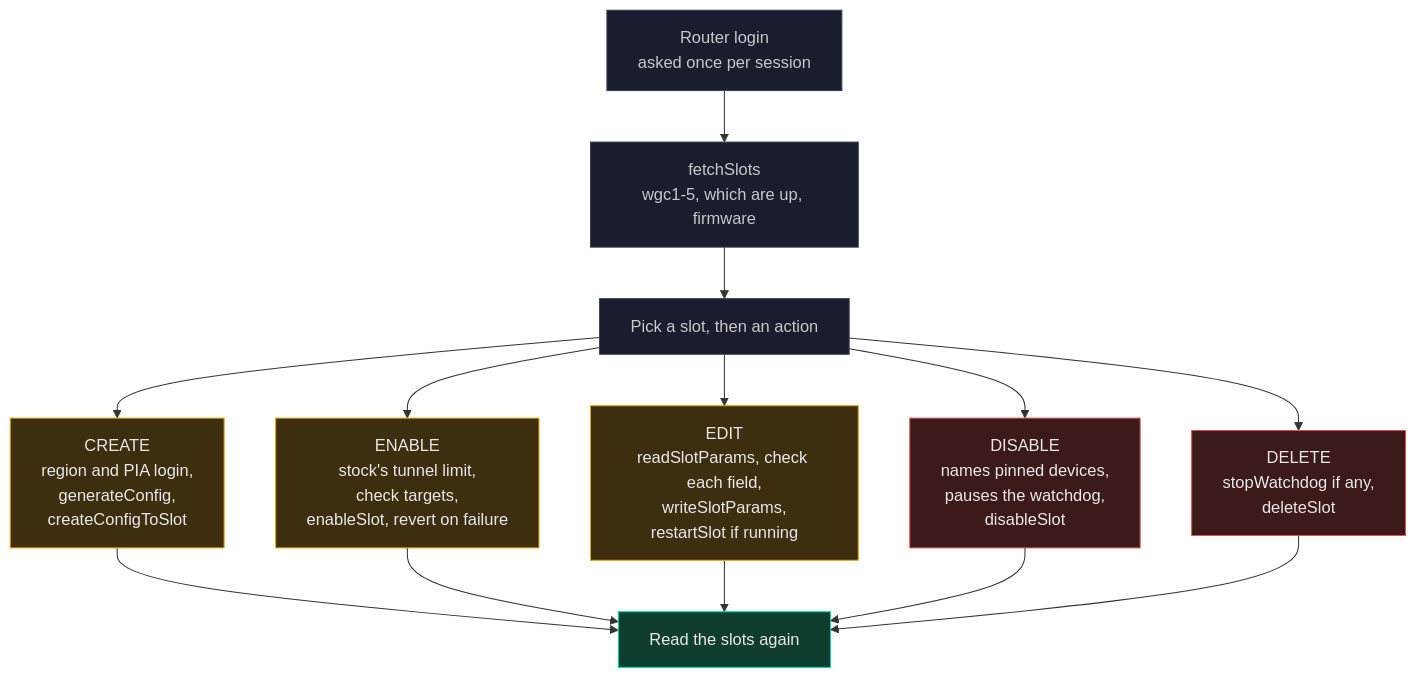
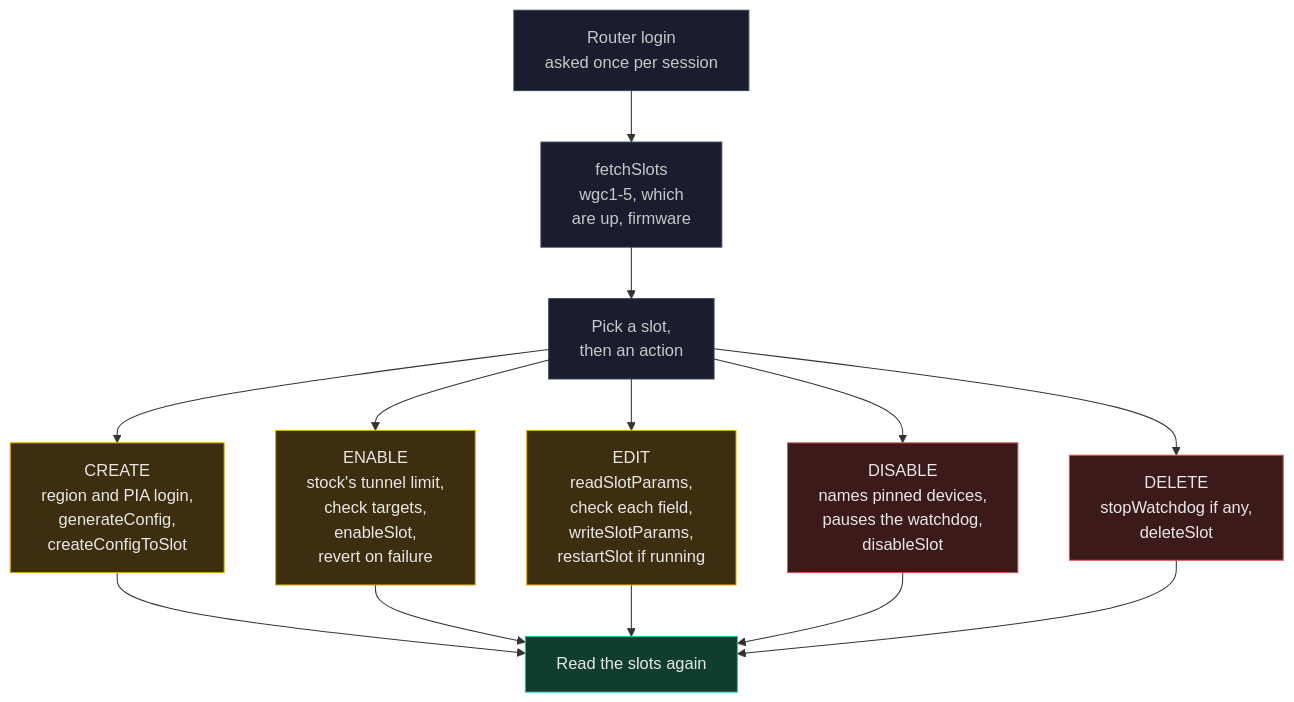
Before and after one commit to ExponentiallyDigital/cfg-pia-wg: the third of 8 diagrams in ARCHITECTURE.md, drawn with Mermaid. The commit also changed other lines of this file and 18 other files, not shown here.

````diff
--- a/ARCHITECTURE.md
+++ b/ARCHITECTURE.md
@@ -208,24 +208,24 @@
 ```mermaid
 flowchart TB
-    D1["Router login<br/>asked once per session"] --> D3["fetchSlots<br/>wgc1-5, which are up, firmware"]
-    D3 --> D5["Pick a slot, then an action"]
+    D1["Router login<br/>asked once per session"] --> D3["fetchSlots<br/>wgc1-5, which<br/>are up, firmware"]
+    D3 --> D5["Pick a slot,<br/>then an action"]
     D5 --> A1["CREATE<br/>region and PIA login,<br/>generateConfig,<br/>createConfigToSlot"]
-    D5 --> A2["ENABLE<br/>stock's tunnel limit,<br/>check targets,<br/>enableSlot, revert on failure"]
-    D5 --> A3["EDIT<br/>readSlotParams, check each field,<br/>writeSlotParams,<br/>restartSlot if running"]
+    D5 --> A2["ENABLE<br/>stock's tunnel limit,<br/>check targets,<br/>enableSlot,<br/>revert on failure"]
+    D5 --> A3["EDIT<br/>readSlotParams,<br/>check each field,<br/>writeSlotParams,<br/>restartSlot if running"]
     D5 --> A4["DISABLE<br/>names pinned devices,<br/>pauses the watchdog,<br/>disableSlot"]
     D5 --> A5["DELETE<br/>stopWatchdog if any,<br/>deleteSlot"]
     A1 --> R["Read the slots again"]
     A2 --> R
     A3 --> R
     A4 --> R
     A5 --> R
 
     classDef go fill:#0F3D2E,stroke:#00D4AA,color:#E8E8E8
     classDef bad fill:#3D1A1A,stroke:#E05252,color:#E8E8E8
     classDef work fill:#3D2E0F,stroke:#E0A800,color:#E8E8E8
     classDef step fill:#1A1D2E,stroke:#3A3F55,color:#C8C8C8
     class A1,A2,A3 work
     class A4,A5 bad
     class R go
     class D1,D3,D5 step
 ```
````
